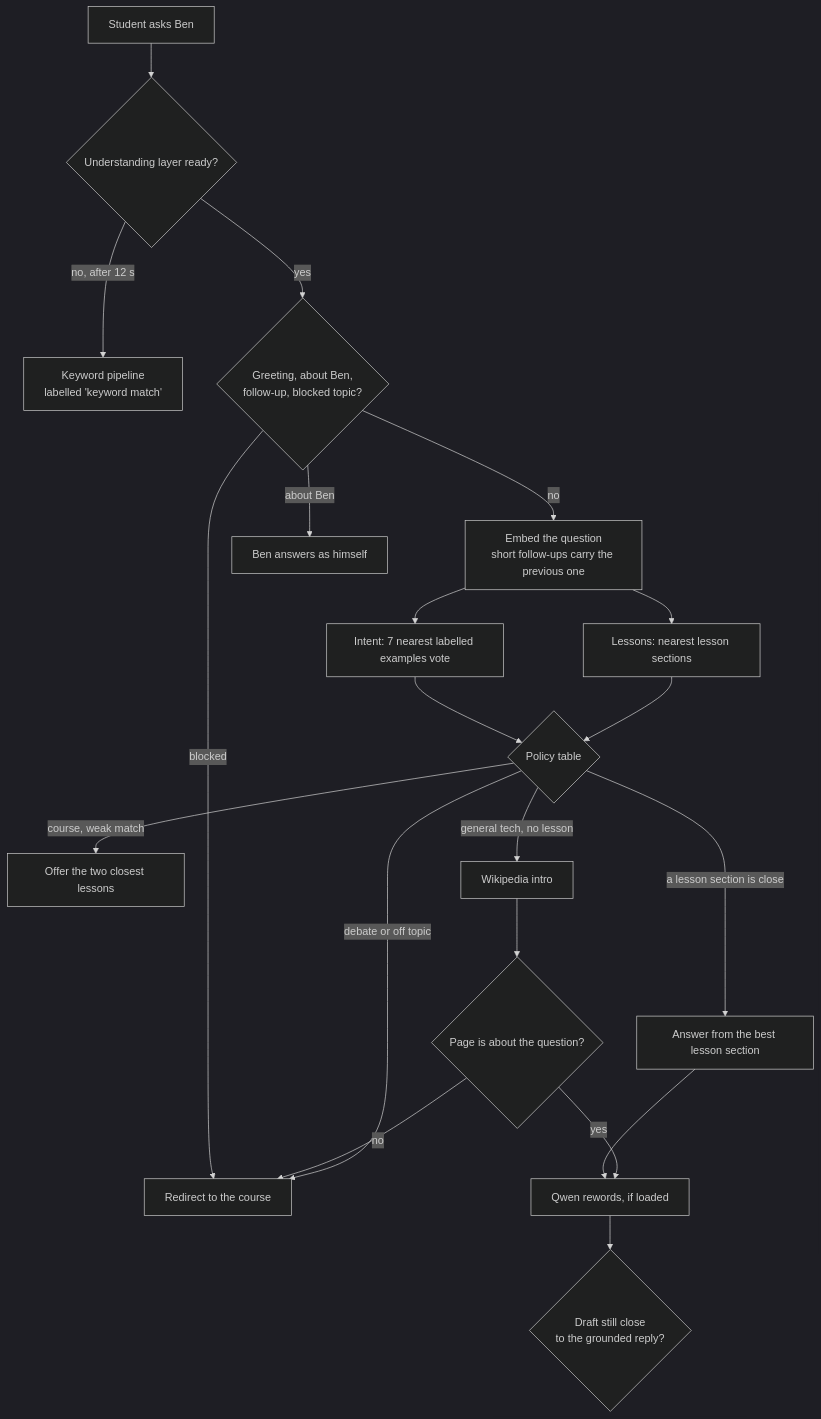
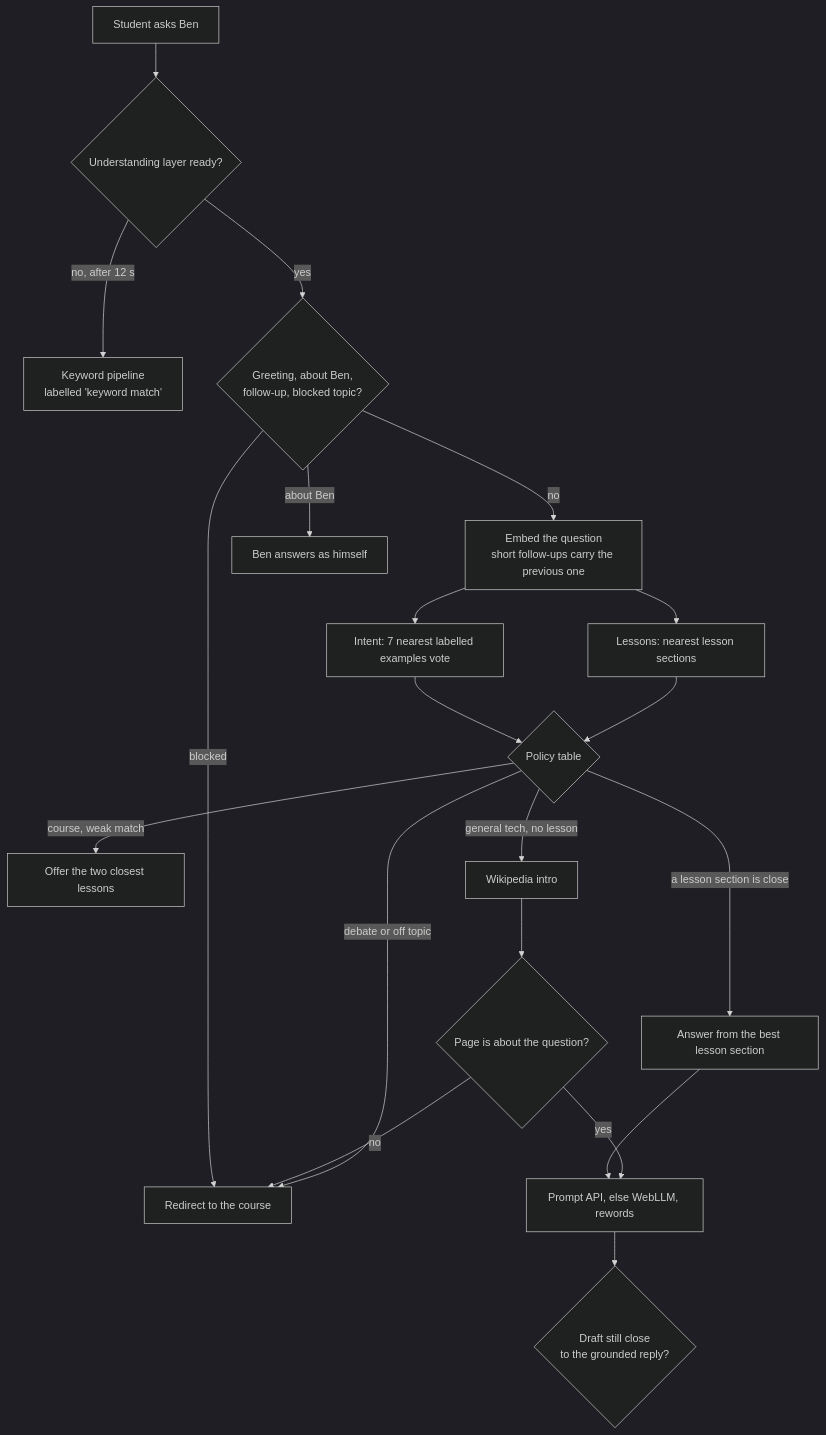
Before and after one commit to veeresh-bikkaneti/system-design-and-architecture: the diagram in docs/ai-tutor.md, drawn with Mermaid (dark theme). The commit also changed other lines of this file and 25 other files, not shown here.

````diff
--- a/docs/ai-tutor.md
+++ b/docs/ai-tutor.md
@@ -27,33 +27,33 @@
 ```mermaid
 flowchart TD
   ask[Student asks Ben]
   ready{Understanding layer ready?}
   kw[Keyword pipeline<br/>labelled 'keyword match']
   rules{Greeting, about Ben,<br/>follow-up, blocked topic?}
   embed[Embed the question<br/>short follow-ups carry the previous one]
   vote[Intent: 7 nearest labelled examples vote]
   rank[Lessons: nearest lesson sections]
   policy{Policy table}
   self[Ben answers as himself]
   lesson[Answer from the best lesson section]
   clarify[Offer the two closest lessons]
   lookup[Wikipedia intro]
   fit{Page is about the question?}
   redirect[Redirect to the course]
-  qwen[Qwen rewords, if loaded]
+  engine[Prompt API, else WebLLM, rewords]
   keep{Draft still close<br/>to the grounded reply?}
 
   ask --> ready
   ready -->|no, after 12 s| kw
   ready -->|yes| rules
   rules -->|about Ben| self
   rules -->|blocked| redirect
   rules -->|no| embed --> vote & rank --> policy
   policy -->|a lesson section is close| lesson
   policy -->|course, weak match| clarify
   policy -->|general tech, no lesson| lookup --> fit
   fit -->|no| redirect
   policy -->|debate or off topic| redirect
-  lesson --> qwen --> keep
-  fit -->|yes| qwen
+  lesson --> engine --> keep
+  fit -->|yes| engine
 ```
````
